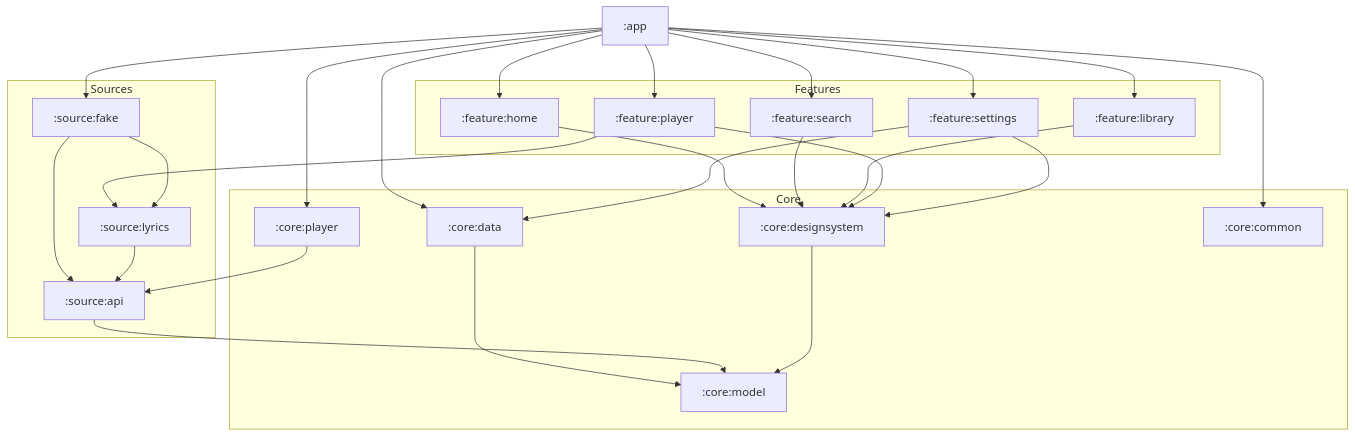
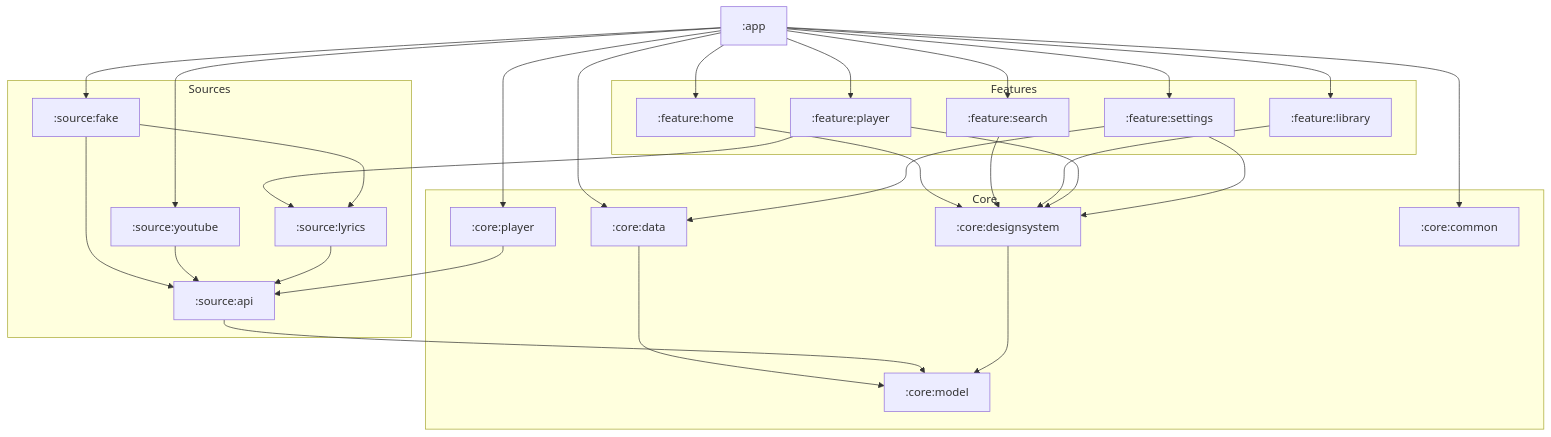
Before and after one commit to muhib-karim/sitara: the diagram in README.md, drawn with Mermaid. The commit also changed other lines of this file and 7 other files, not shown here.

````diff
--- a/README.md
+++ b/README.md
@@ -87,38 +91,40 @@
 ```mermaid
 graph TD
     app[":app"]
 
     subgraph Features
         home[":feature:home"]
         search[":feature:search"]
         library[":feature:library"]
         player[":feature:player"]
         settings[":feature:settings"]
     end
 
     subgraph Core
         designsystem[":core:designsystem"]
         coreplayer[":core:player"]
         data[":core:data"]
         common[":core:common"]
         model[":core:model"]
     end
 
     subgraph Sources
         api[":source:api"]
         fake[":source:fake"]
         lyrics[":source:lyrics"]
+        youtube[":source:youtube"]
     end
 
     app --> home & search & library & player & settings
-    app --> coreplayer & data & fake & common
+    app --> coreplayer & data & fake & youtube & common
     home & search & library & player & settings --> designsystem
     settings --> data
     player --> lyrics
     coreplayer --> api
     fake --> api & lyrics
+    youtube --> api
     lyrics --> api
     data --> model
     api --> model
     designsystem --> model
 ```
````
